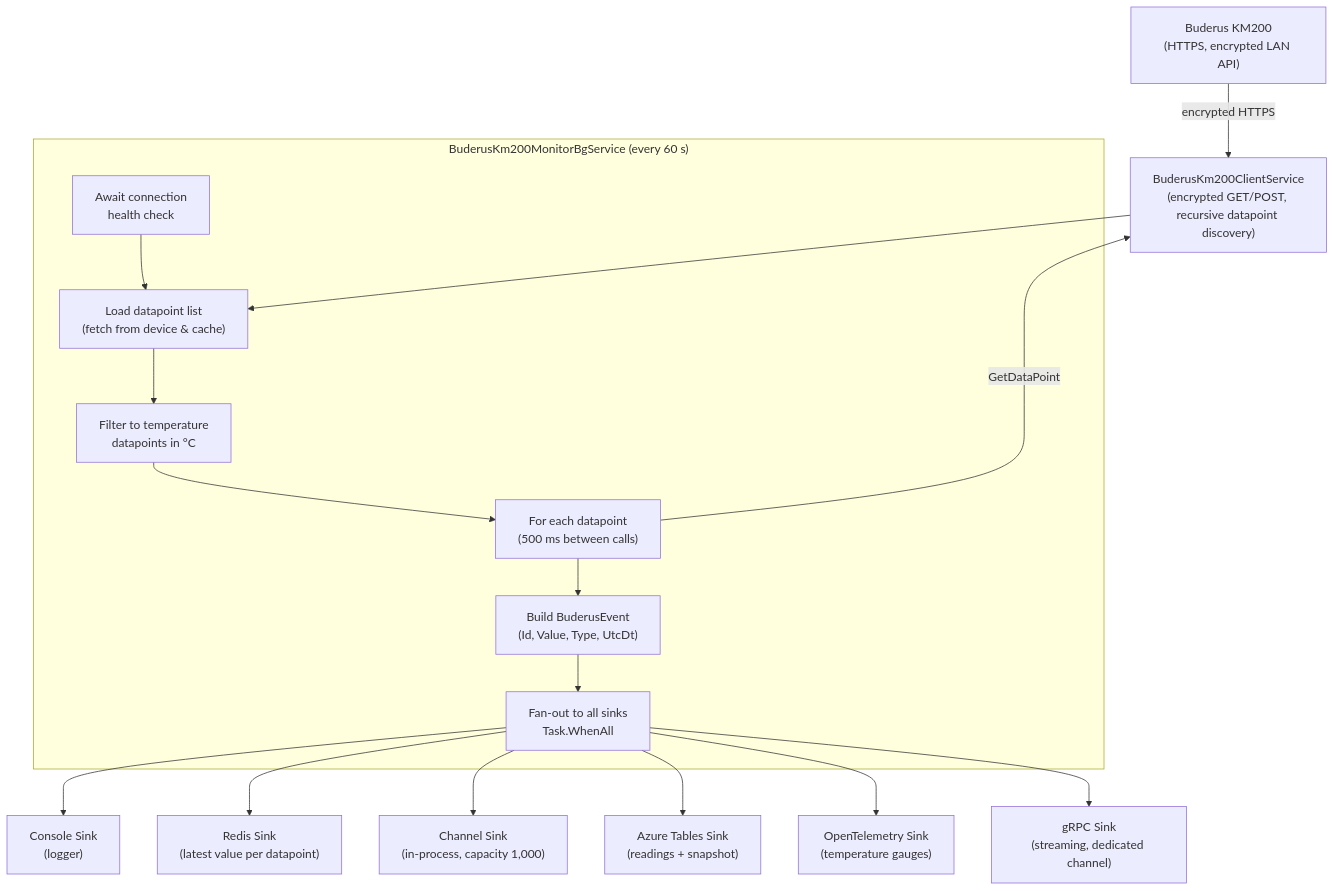
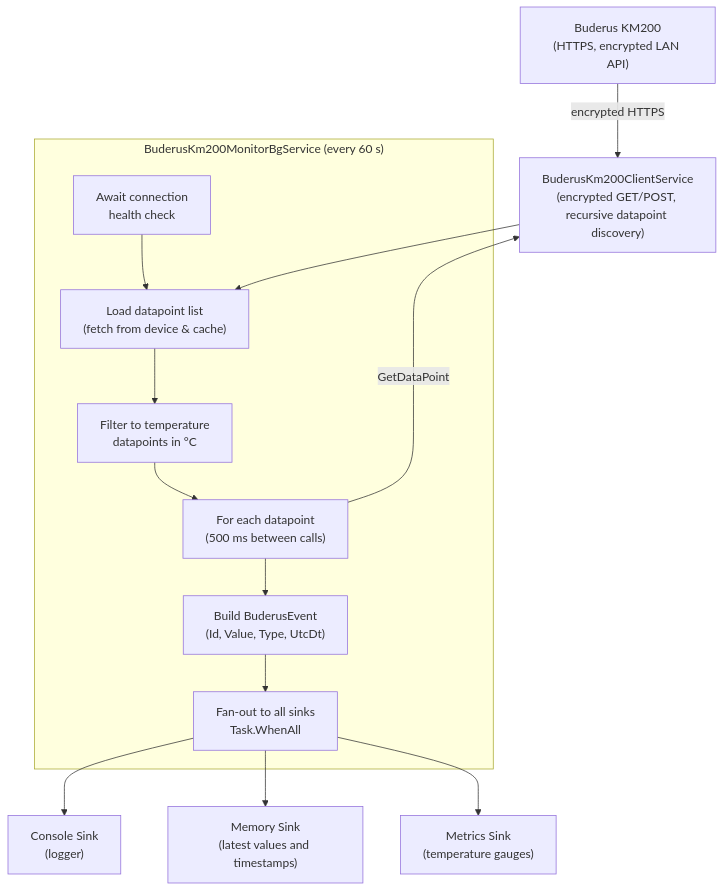
One commit to f2calv/SmartHaus changed the diagram in src/CasCap.Api.Buderus/README.md. Above: the diagram before and after it, drawn with Mermaid. The commit also changed other lines of this file and 9 other files, not shown here.

````diff
--- a/src/CasCap.Api.Buderus/README.md
+++ b/src/CasCap.Api.Buderus/README.md
@@ -32,34 +32,28 @@
 ```mermaid
 flowchart TD
     KM200["Buderus KM200\n(HTTPS, encrypted LAN API)"]
 
     subgraph Monitor["BuderusKm200MonitorBgService (every 60 s)"]
         HEALTH["Await connection\nhealth check"]
         LOAD["Load datapoint list\n(fetch from device & cache)"]
         FILTER["Filter to temperature\ndatapoints in °C"]
         LOOP["For each datapoint\n(500 ms between calls)"]
         BUILD["Build BuderusEvent\n(Id, Value, Type, UtcDt)"]
         DISPATCH["Fan-out to all sinks\nTask.WhenAll"]
     end
 
     SINK_CONSOLE["Console Sink\n(logger)"]
-    SINK_REDIS["Redis Sink\n(latest value per datapoint)"]
-    SINK_CHANNEL["Channel Sink\n(in-process, capacity 1,000)"]
-    SINK_AZTABLES["Azure Tables Sink\n(readings + snapshot)"]
-    SINK_OTEL["OpenTelemetry Sink\n(temperature gauges)"]
-    SINK_GRPC["gRPC Sink\n(streaming, dedicated channel)"]
+    SINK_MEMORY["Memory Sink\n(latest values and timestamps)"]
+    SINK_METRICS["Metrics Sink\n(temperature gauges)"]
 
     CLIENT["BuderusKm200ClientService\n(encrypted GET/POST, recursive datapoint discovery)"]
 
     KM200 -->|encrypted HTTPS| CLIENT
     CLIENT --> LOAD
     HEALTH --> LOAD --> FILTER --> LOOP
     LOOP -->|GetDataPoint| CLIENT
     LOOP --> BUILD --> DISPATCH
     DISPATCH --> SINK_CONSOLE
-    DISPATCH --> SINK_REDIS
-    DISPATCH --> SINK_CHANNEL
-    DISPATCH --> SINK_AZTABLES
-    DISPATCH --> SINK_OTEL
-    DISPATCH --> SINK_GRPC
+    DISPATCH --> SINK_MEMORY
+    DISPATCH --> SINK_METRICS
 ```
````
